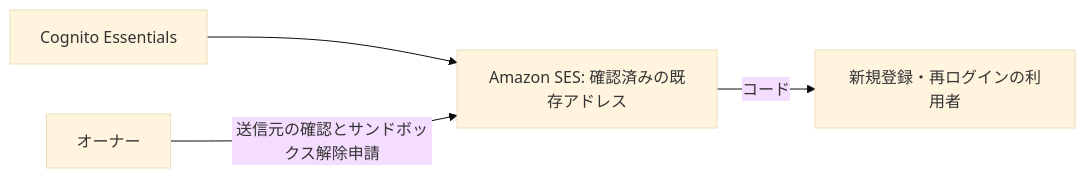
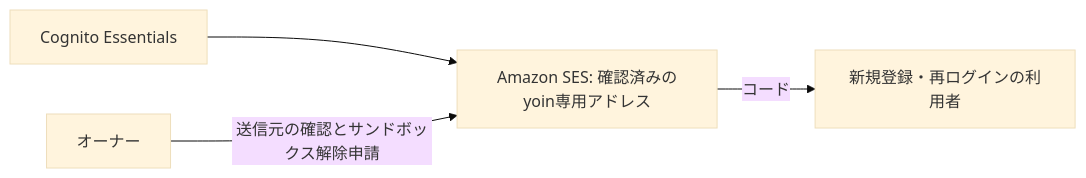
One commit to oze-xxbumpxx/yoin changed the diagram in docs/decisions/ADR-0007-cognito-email.md. Above: the diagram before and after it, drawn with Mermaid (base theme). The commit also changed other lines of this file and 3 other files, not shown here.

````diff
--- a/docs/decisions/ADR-0007-cognito-email.md
+++ b/docs/decisions/ADR-0007-cognito-email.md
@@ -19,6 +19,6 @@
 ```mermaid
 flowchart LR
-    C["Cognito Essentials"] --> S["Amazon SES: 確認済みの既存アドレス"]
+    C["Cognito Essentials"] --> S["Amazon SES: 確認済みのyoin専用アドレス"]
     O["オーナー"] -->|送信元の確認とサンドボックス解除申請| S
     S -->|コード| U["新規登録・再ログインの利用者"]
 ```
````
